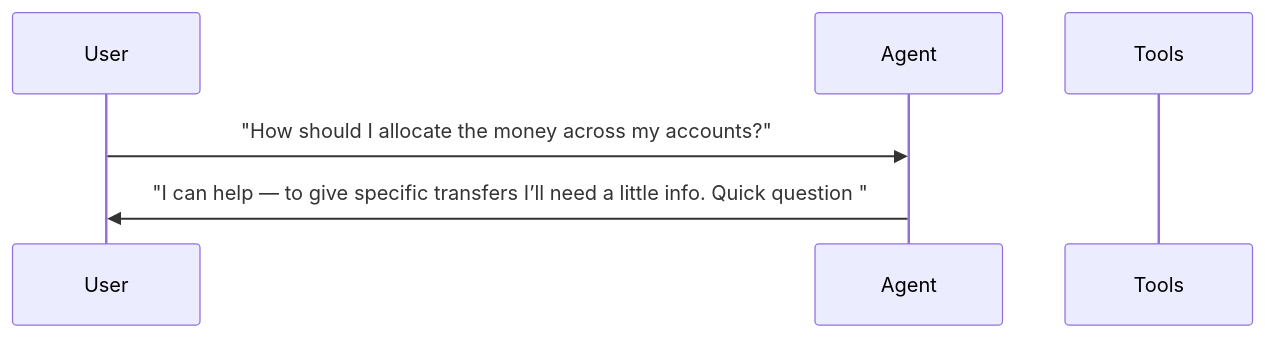
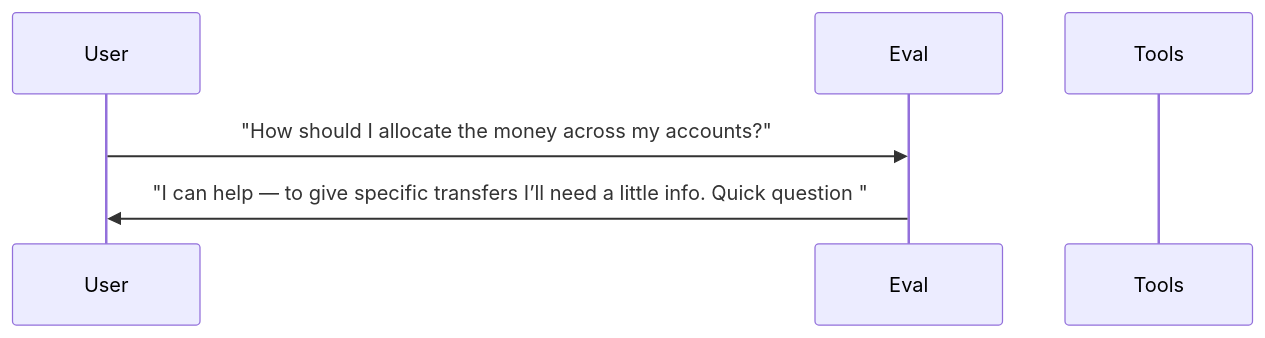
One commit to sbroenne/pytest-skill-engineering changed the second of 4 diagrams in docs/reports/07_skill_improvement.md. Above: the diagram before and after it, drawn with Mermaid. The commit also changed other lines of this file and 155 other files, not shown here.

````diff
--- a/docs/reports/07_skill_improvement.md
+++ b/docs/reports/07_skill_improvement.md
@@ -205,9 +205,9 @@
 ```mermaid
 sequenceDiagram
     participant User
-    participant Agent
+    participant Eval
     participant Tools
 
-    User->>Agent: "How should I allocate the money across my accounts?"
-    Agent->>User: "I can help — to give specific transfers I’ll need a little info. Quick question "
+    User->>Eval: "How should I allocate the money across my accounts?"
+    Eval->>User: "I can help — to give specific transfers I’ll need a little info. Quick question "
 ```
````
